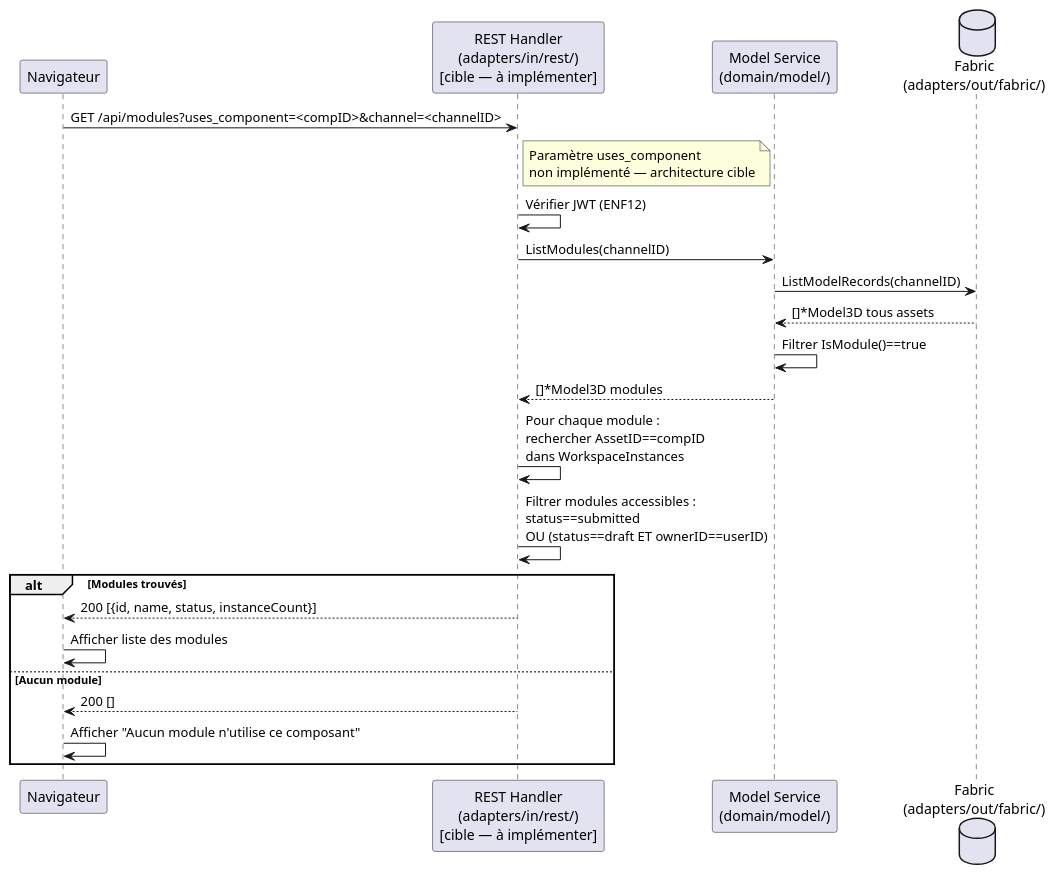
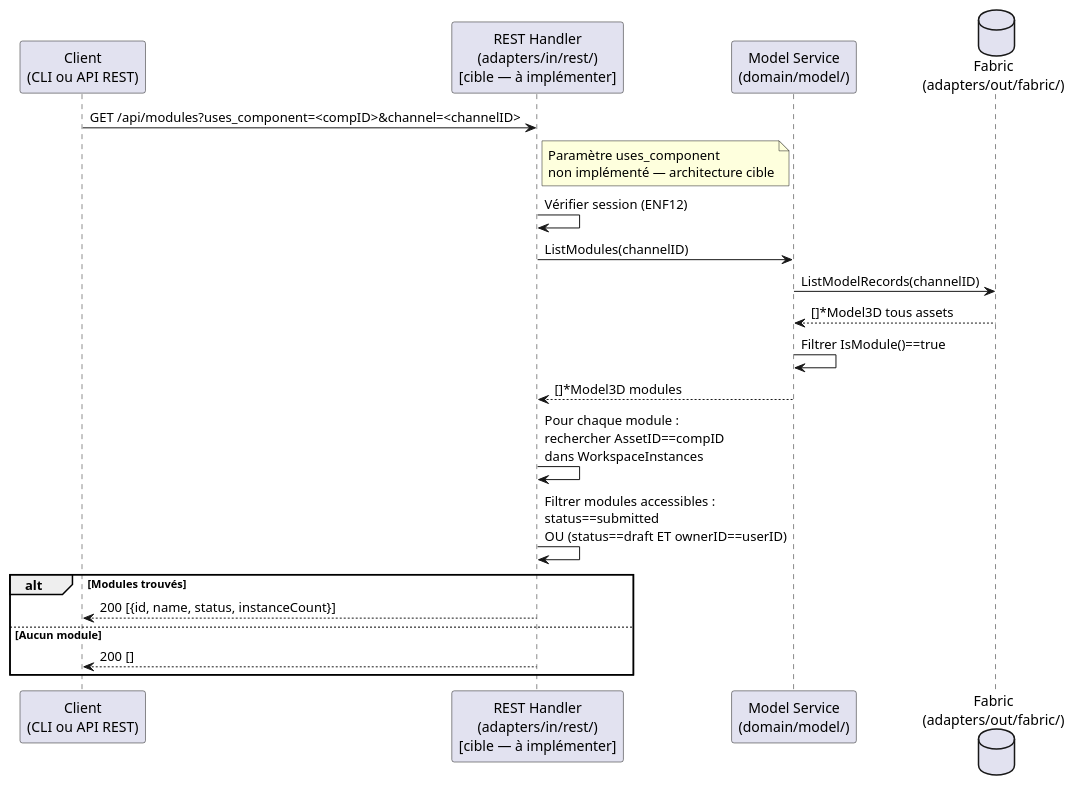
Before and after one commit to olivaux/myr: the second of 2 diagrams in specs/2-Analyse/UCREC-Recherche/UCREC04.md, drawn with PlantUML. The commit also changed other lines of this file and 72 other files, not shown here.

````diff
--- a/specs/2-Analyse/UCREC-Recherche/UCREC04.md
+++ b/specs/2-Analyse/UCREC-Recherche/UCREC04.md
@@ -87,28 +81,26 @@
 ```plantuml
 @startuml
-participant "Navigateur" as Browser
+participant "Client\n(CLI ou API REST)" as Client
 participant "REST Handler\n(adapters/in/rest/)\n[cible — à implémenter]" as REST
 participant "Model Service\n(domain/model/)" as Service
 database "Fabric\n(adapters/out/fabric/)" as Fabric
 
-Browser -> REST : GET /api/modules?uses_component=<compID>&channel=<channelID>
+Client -> REST : GET /api/modules?uses_component=<compID>&channel=<channelID>
 note right of REST : Paramètre uses_component\nnon implémenté — architecture cible
-REST -> REST : Vérifier JWT (ENF12)
+REST -> REST : Vérifier session (ENF12)
 REST -> Service : ListModules(channelID)
 Service -> Fabric : ListModelRecords(channelID)
 Fabric --> Service : []*Model3D tous assets
 Service -> Service : Filtrer IsModule()==true
 Service --> REST : []*Model3D modules
 
 REST -> REST : Pour chaque module :\nrechercher AssetID==compID\ndans WorkspaceInstances
 REST -> REST : Filtrer modules accessibles :\nstatus==submitted\nOU (status==draft ET ownerID==userID)
 
 alt Modules trouvés
-    REST --> Browser : 200 [{id, name, status, instanceCount}]
-    Browser -> Browser : Afficher liste des modules
+    REST --> Client : 200 [{id, name, status, instanceCount}]
 else Aucun module
-    REST --> Browser : 200 []
-    Browser -> Browser : Afficher "Aucun module n'utilise ce composant"
+    REST --> Client : 200 []
 end
 @enduml
 ```
````
